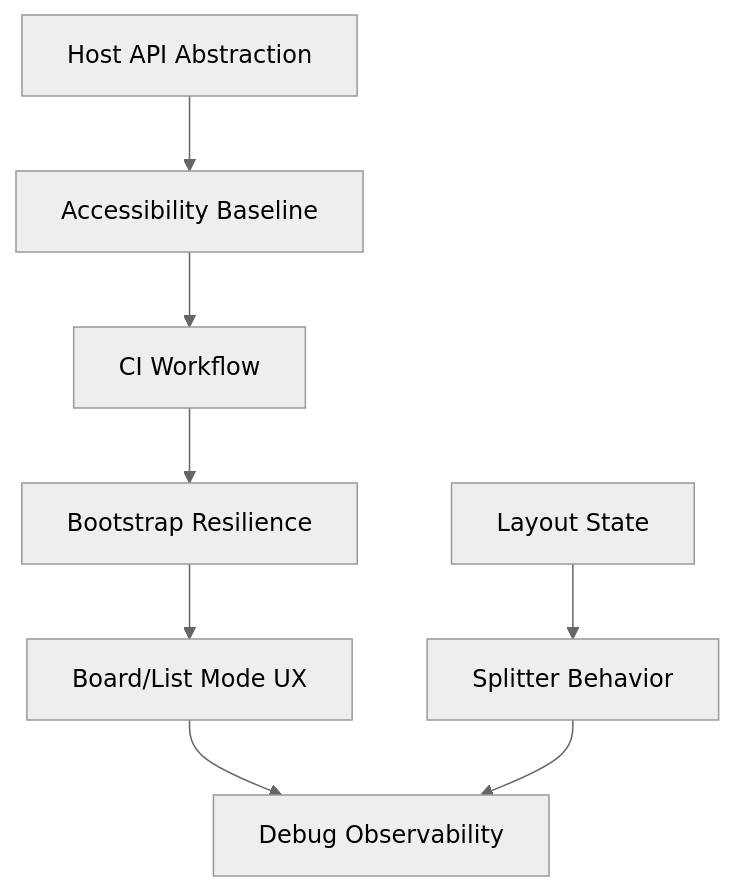
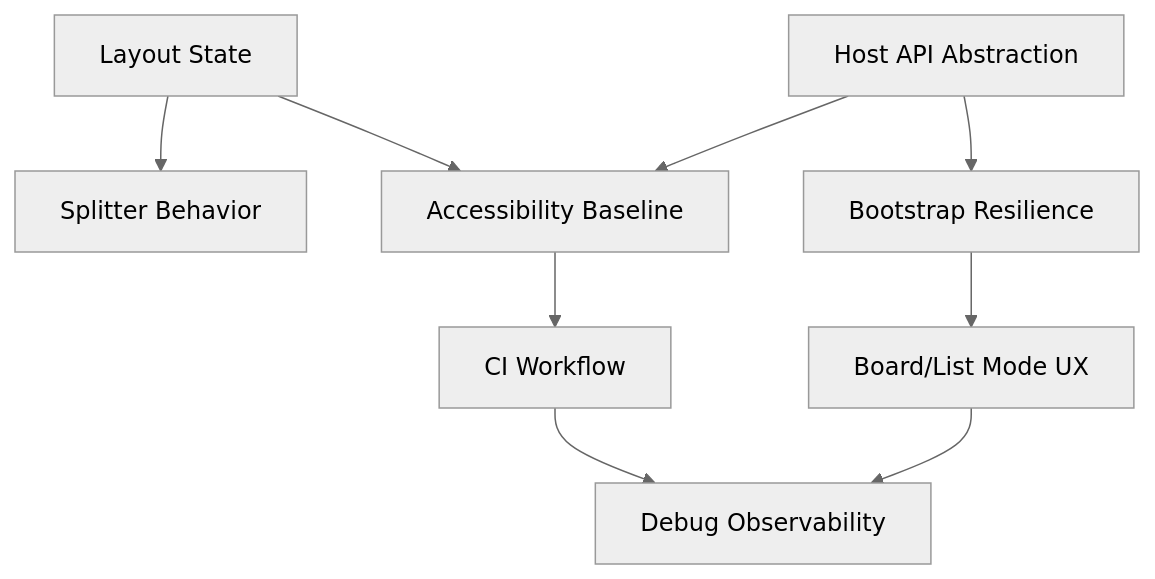
Before and after one commit to AlexAgo83/logics-manager: the diagram in logics/request/req_016_reliability_hardening_layout_hostapi_a11y_ci_and_debug_observability.md, drawn with Mermaid (neutral theme). The commit also changed 50 other files, not shown here.

````diff
--- a/logics/request/req_016_reliability_hardening_layout_hostapi_a11y_ci_and_debug_observability.md
+++ b/logics/request/req_016_reliability_hardening_layout_hostapi_a11y_ci_and_debug_observability.md
@@ -10,20 +10,21 @@
 ```mermaid
 %% logics-kind: request
 %% logics-signature: request|reliability-hardening-for-layout-state-h|stabilize-layout-splitter-behavior-by-us|ac1-layout-rendering-is-driven-by
 flowchart TD
   LayoutState[Layout State]
   SplitterBehavior[Splitter Behavior]
   HostAPI[Host API Abstraction]
   Accessibility[Accessibility Baseline]
   CIWorkflow[CI Workflow]
   Bootstrap[Bootstrap Resilience]
   BoardListUX[Board/List Mode UX]
   DebugLogs[Debug Observability]
   LayoutState --> SplitterBehavior
+  LayoutState --> Accessibility
   HostAPI --> Accessibility
+  HostAPI --> Bootstrap
   Accessibility --> CIWorkflow
-  CIWorkflow --> Bootstrap
+  CIWorkflow --> DebugLogs
+  BoardListUX --> DebugLogs
   Bootstrap --> BoardListUX
-  BoardListUX --> DebugLogs
-  SplitterBehavior --> DebugLogs
 ```
````
